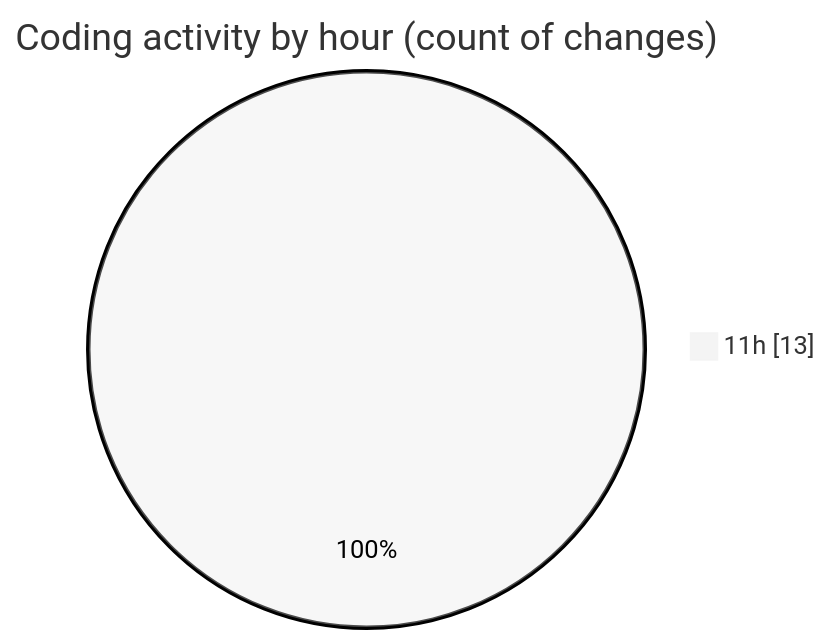
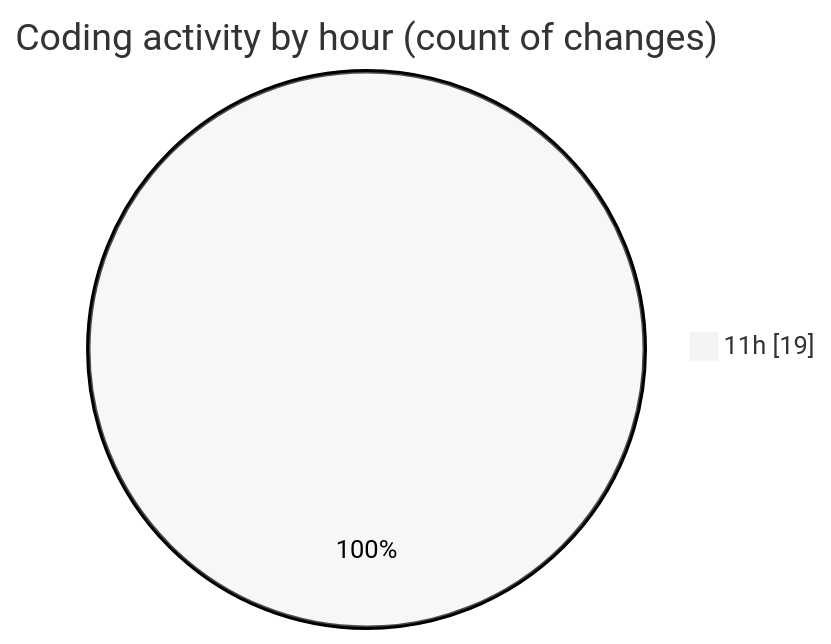
Before and after one commit to vahidmafi/code-tracking: the second of 2 diagrams in 2025-07-21/shop/README.md, drawn with Mermaid (neutral theme). The commit also changed other lines of this file and 1 other file, not shown here.

````diff
--- a/2025-07-21/shop/README.md
+++ b/2025-07-21/shop/README.md
@@ -29,5 +30,5 @@
 ```mermaid
 pie showData
 title Coding activity by hour (count of changes)
-"11h" : 13
+"11h" : 19
 ```
````
